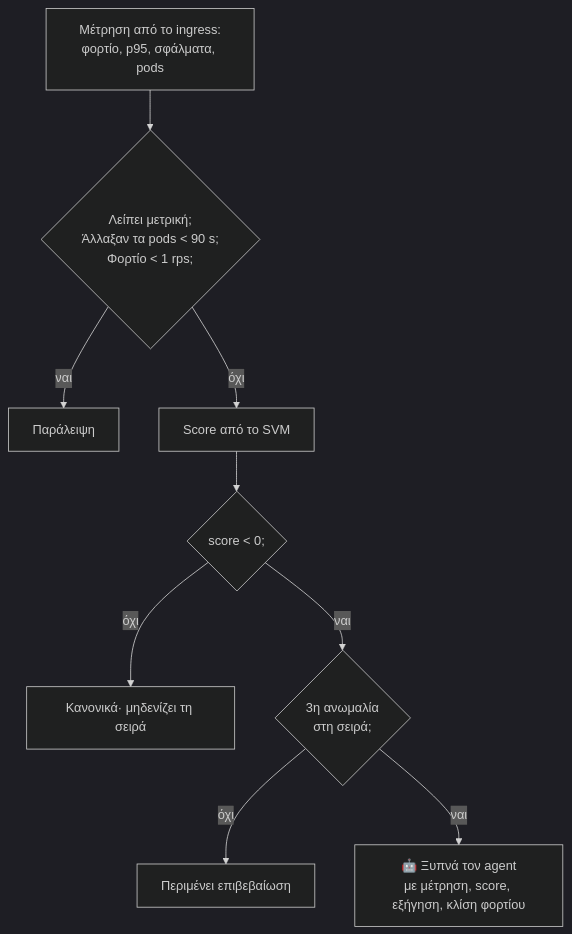
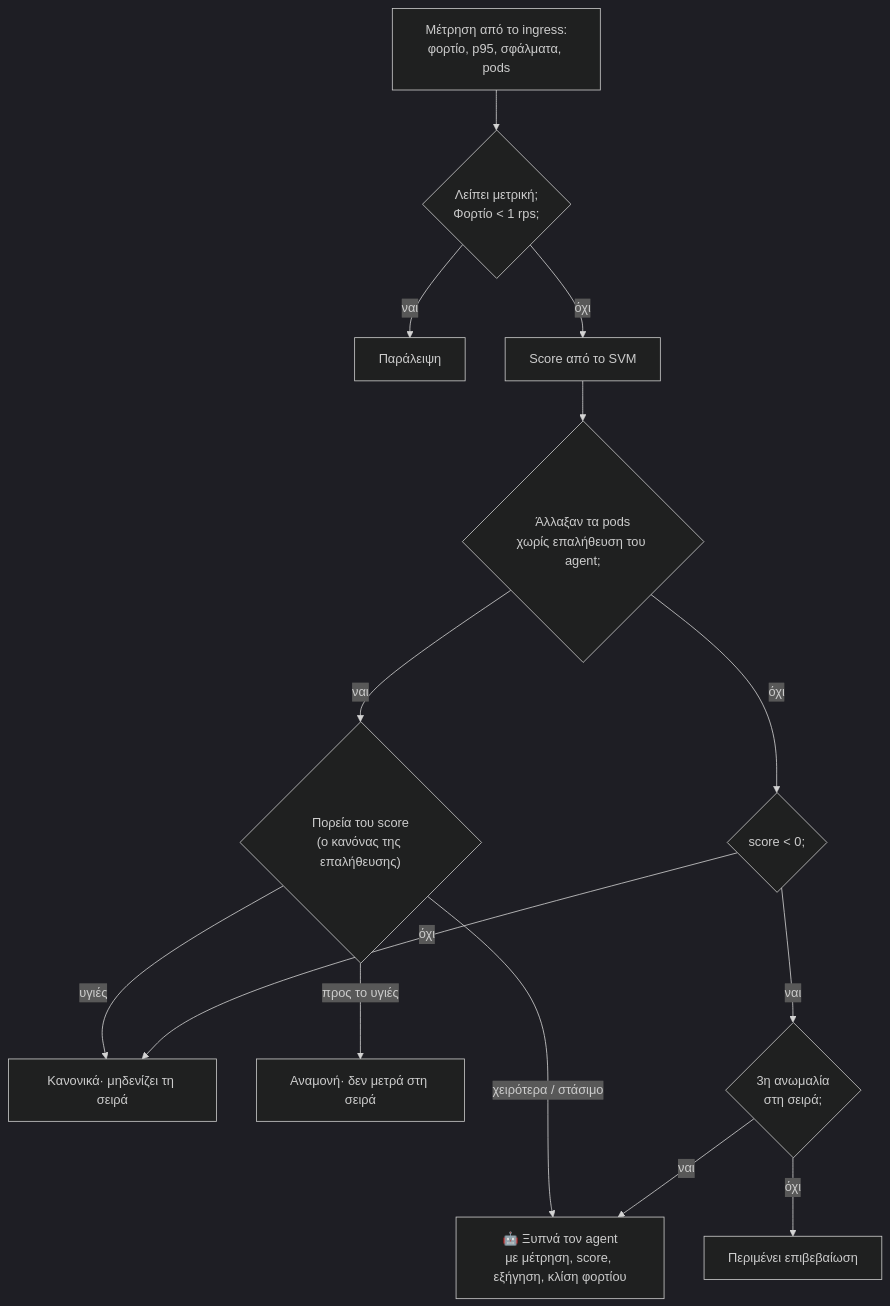
Before and after one commit to Ichalvatz/Autonomous-System-Resource-Management-Using-Multi-Agent-Systems: the third of 7 diagrams in thesis_notes/presentation.md, drawn with Mermaid (dark theme). The commit also changed other lines of this file and 28 other files, not shown here.

````diff
--- a/thesis_notes/presentation.md
+++ b/thesis_notes/presentation.md
@@ -121,11 +122,16 @@
 ```mermaid
 flowchart TD
-    R["Μέτρηση από το ingress:<br/>φορτίο, p95, σφάλματα, pods"] --> G{"Λείπει μετρική;<br/>Άλλαξαν τα pods < 90 s;<br/>Φορτίο < 1 rps;"}
+    R["Μέτρηση από το ingress:<br/>φορτίο, p95, σφάλματα, pods"] --> G{"Λείπει μετρική;<br/>Φορτίο < 1 rps;"}
     G -->|ναι| S["Παράλειψη"]
     G -->|όχι| SC["Score από το SVM"]
-    SC --> Q{"score < 0;"}
+    SC --> CH{"Άλλαξαν τα pods<br/>χωρίς επαλήθευση του agent;"}
+    CH -->|ναι| FO{"Πορεία του score<br/>(ο κανόνας της επαλήθευσης)"}
+    FO -->|"υγιές"| N
+    FO -->|"προς το υγιές"| WF["Αναμονή· δεν μετρά στη σειρά"]
+    FO -->|"χειρότερα / στάσιμο"| AG
+    CH -->|όχι| Q{"score < 0;"}
     Q -->|όχι| N["Κανονικά· μηδενίζει τη σειρά"]
     Q -->|ναι| ST{"3η ανωμαλία<br/>στη σειρά;"}
     ST -->|όχι| W["Περιμένει επιβεβαίωση"]
     ST -->|ναι| AG["🤖 Ξυπνά τον agent<br/>με μέτρηση, score, εξήγηση, κλίση φορτίου"]
 ```
````
